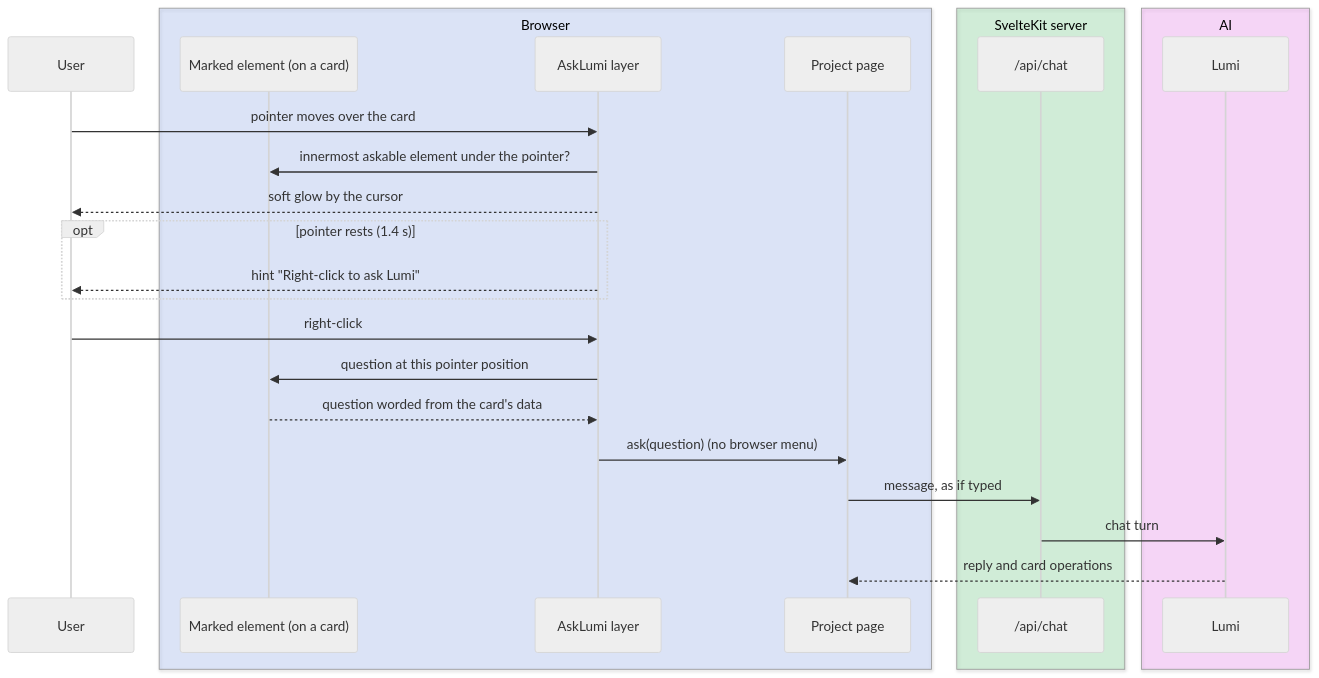
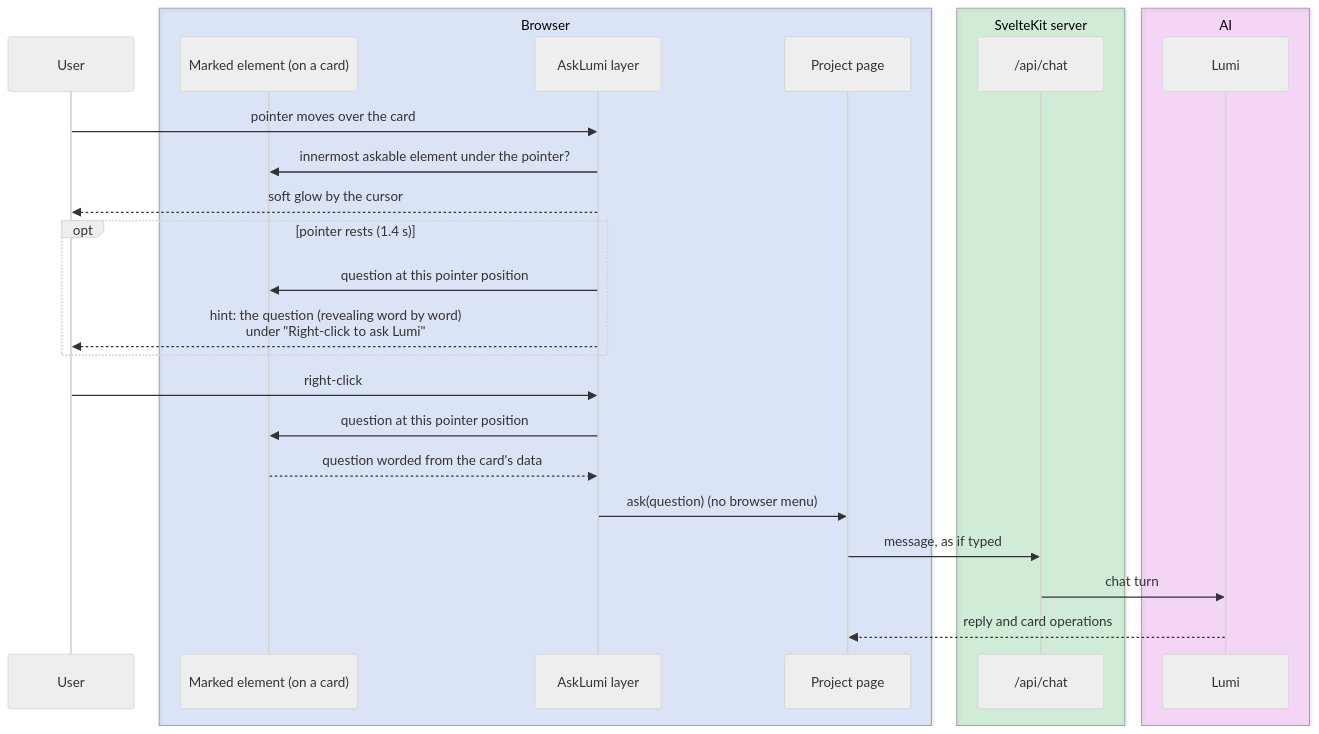
One commit to iamvaskiv/iris changed the fourth of 9 diagrams in docs/architecture.md. Above: the diagram before and after it, drawn with Mermaid (neutral theme). The commit also changed other lines of this file and 2 other files, not shown here.

Commit message:
Ask Lumi: the hint shows the question, revealing like Lumi's replies
Resting the pointer on something askable now shows the question that a
right-click would send, word by word as Lumi's replies appear, under a small
"Right-click to ask Lumi". It flips left near the right edge and below near
the top.

````diff
--- a/docs/architecture.md
+++ b/docs/architecture.md
@@ -209,32 +210,33 @@
 ```mermaid
 ---
 config:
   look: classic
 ---
 sequenceDiagram
     participant U as User
     box rgba(76,125,255,0.15) Browser
         participant E as Marked element (on a card)
         participant L as AskLumi layer
         participant P as Project page
     end
     box rgba(0,189,50,0.15) SvelteKit server
         participant C as /api/chat
     end
     box rgba(244,36,255,0.15) AI
         participant A as Lumi
     end
     U->>L: pointer moves over the card
     L->>E: innermost askable element under the pointer?
     L-->>U: soft glow by the cursor
     opt pointer rests (1.4 s)
-        L-->>U: hint "Right-click to ask Lumi"
+        L->>E: question at this pointer position
+        L-->>U: hint: the question (revealing word by word)<br/>under "Right-click to ask Lumi"
     end
     U->>L: right-click
     L->>E: question at this pointer position
     E-->>L: question worded from the card's data
     L->>P: ask(question) (no browser menu)
     P->>C: message, as if typed
     C->>A: chat turn
     A-->>P: reply and card operations
 ```
````
